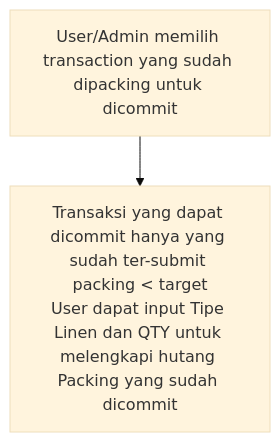
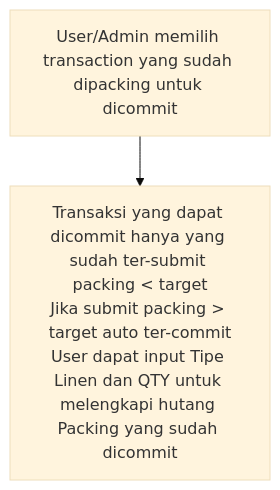
The fifth of 5 diagrams in laundry-activities/packing-scan.md (bagaskrmn/bac-flow-laundry), drawn with Mermaid (base theme) before and after one commit. The commit also changed other lines of this file, not shown here.

````diff
--- a/laundry-activities/packing-scan.md
+++ b/laundry-activities/packing-scan.md
@@ -66,5 +89,5 @@
 ```mermaid
 flowchart TD
     N_IN["User/Admin memilih transaction yang sudah dipacking untuk dicommit"]
-    N_IN --> N_LIST["Transaksi yang dapat dicommit hanya yang sudah ter-submit packing < target<br/>User dapat input Tipe Linen dan QTY untuk melengkapi hutang Packing yang sudah dicommit"]
+    N_IN --> N_LIST["Transaksi yang dapat dicommit hanya yang sudah ter-submit packing < target<br/>Jika submit packing > target auto ter-commit<br/>User dapat input Tipe Linen dan QTY untuk melengkapi hutang Packing yang sudah dicommit"]
 ```
````
